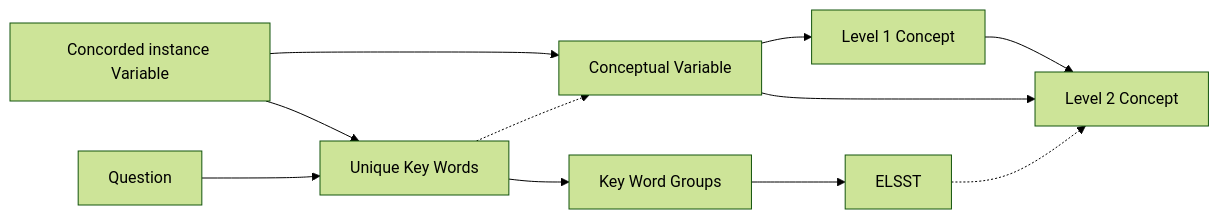
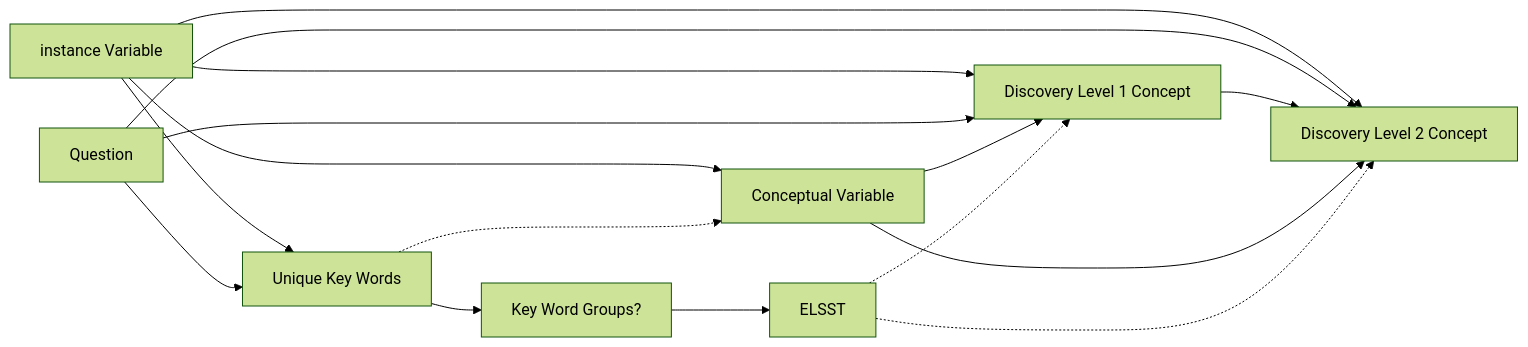
One commit to CLOSER-Cohorts/closer-vocabulary-2026 changed the second of 4 diagrams in README.md. Above: the diagram before and after it, drawn with Mermaid (forest theme). The commit also changed other lines of this file, not shown here.

First line of the commit message:
Enhance README with Discovery Level Vocabulary details

````diff
--- a/README.md
+++ b/README.md
@@ -7,16 +25,21 @@
 ``` mermaid
 
 flowchart LR
 
- L1[Level 1 Concept] --> L2[Level 2 Concept]
- IV[Concorded instance Variable] --> CV
+ IV[instance Variable] --> L1
+ IV[instance Variable] --> L2
+ Question --> L1
+ Question --> L2
+ L1[Discovery Level 1 Concept] --> L2[Discovery Level 2 Concept]
+ IV[instance Variable] --> CV
  CV[Conceptual Variable] -->L1
  CV[Conceptual Variable] -->L2
  IV --> KWP[Unique Key Words]
- KWP --> KWPG[Key Word Groups]
+ KWP --> KWPG[Key Word Groups?]
  KWPG --> ELSST
+ ELSST -.-> L1
  ELSST -.-> L2
  Question --> KWP
  KWP -.-> CV
 
 ```
````
